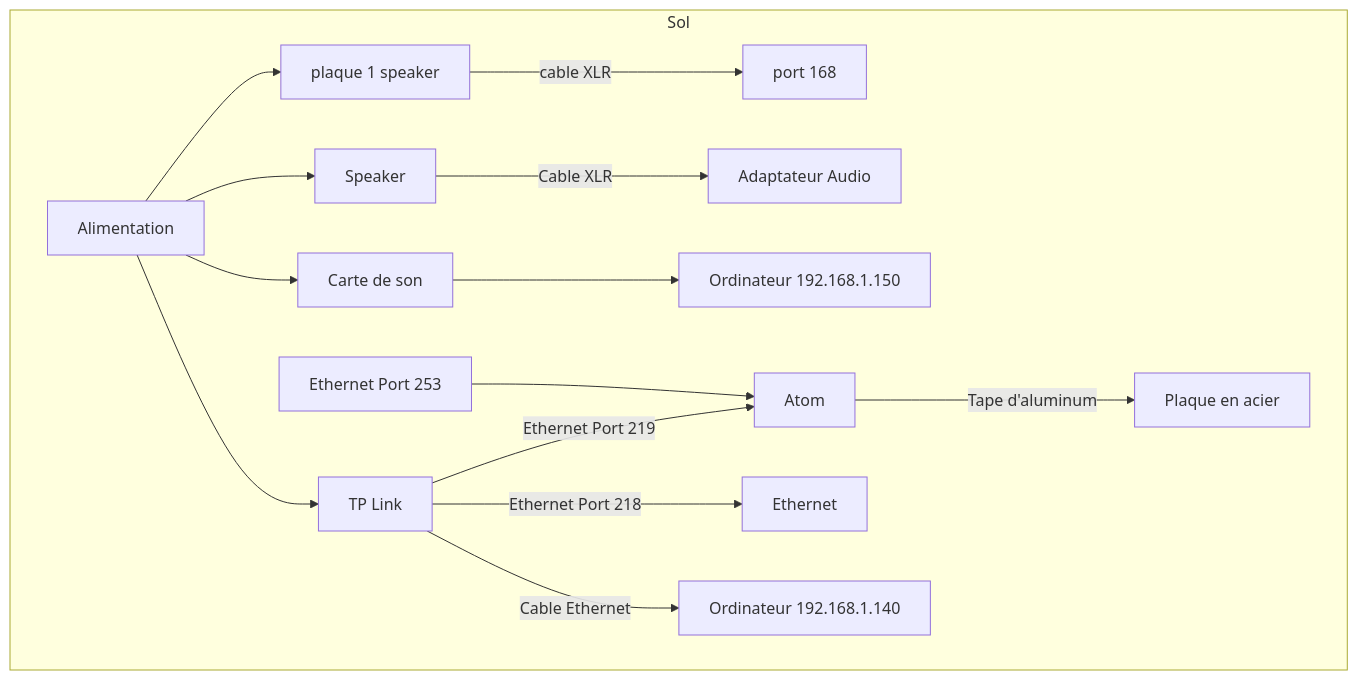
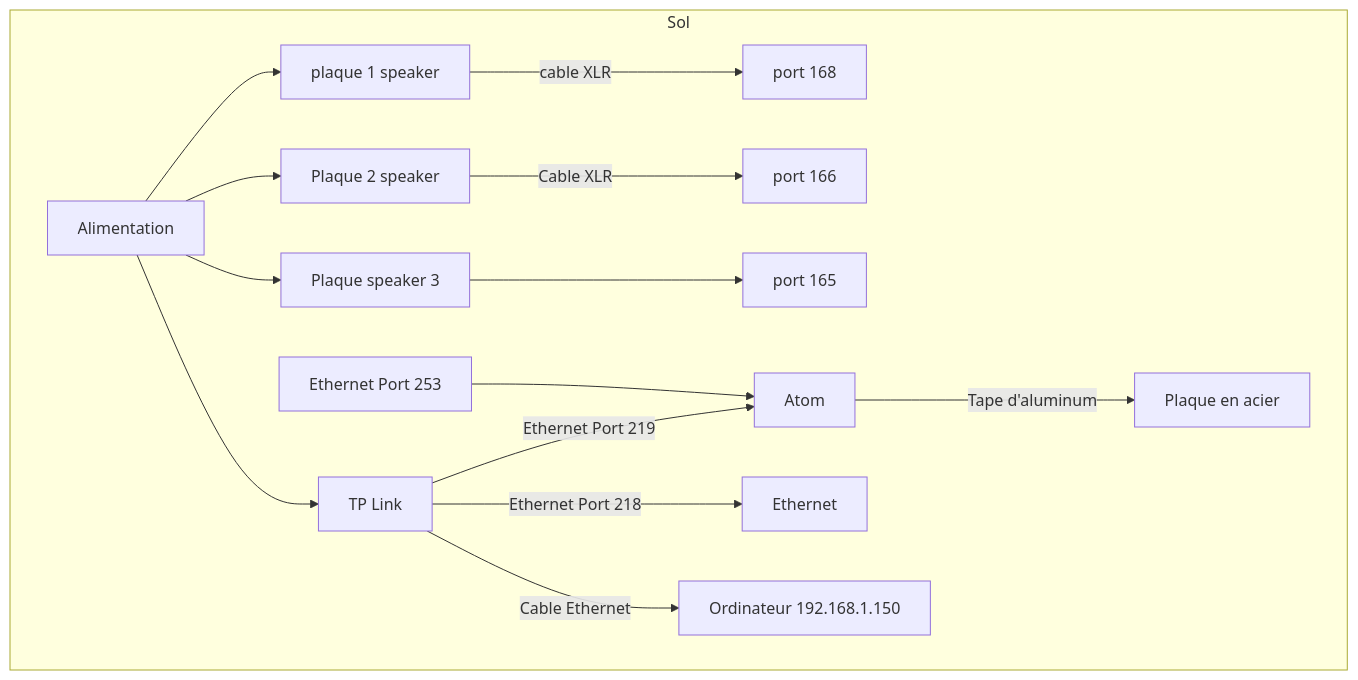
One commit to Miaou-Mafia/projet-luminatura changed the fourth of 4 diagrams in 40_maquette/README.md. Above: the diagram before and after it, drawn with Mermaid.

````diff
--- a/40_maquette/README.md
+++ b/40_maquette/README.md
@@ -196,17 +196,17 @@
 ```mermaid
 flowchart TD
     subgraph Sol
         N[Alimentation] --> O
         O[ plaque 1 speaker] -->| cable XLR | P[port 168]
-        N --> R[Speaker]
-        R -->| Cable XLR | S[Adaptateur Audio]
+        N --> R[Plaque 2 speaker]
+        R -->| Cable XLR | S[port 166]
         N --> T
-        T[Carte de son] --> U[Ordinateur 192.168.1.150]
+        T[Plaque speaker 3] --> U[ port 165]
         N --> V
         V[TP Link] --> | Ethernet Port 219 | Atom
         Atom --> | Tape d'aluminum | X[Plaque en acier]
         Y[ Ethernet Port 253] --> Atom
         V --> | Ethernet Port 218 | Ethernet
-        V --> | Cable Ethernet | W[Ordinateur 192.168.1.140]
+        V --> | Cable Ethernet | W[Ordinateur 192.168.1.150]
     end
 ```
````
